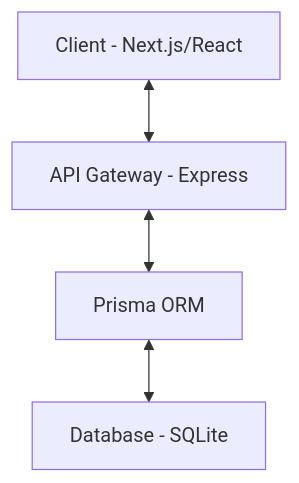
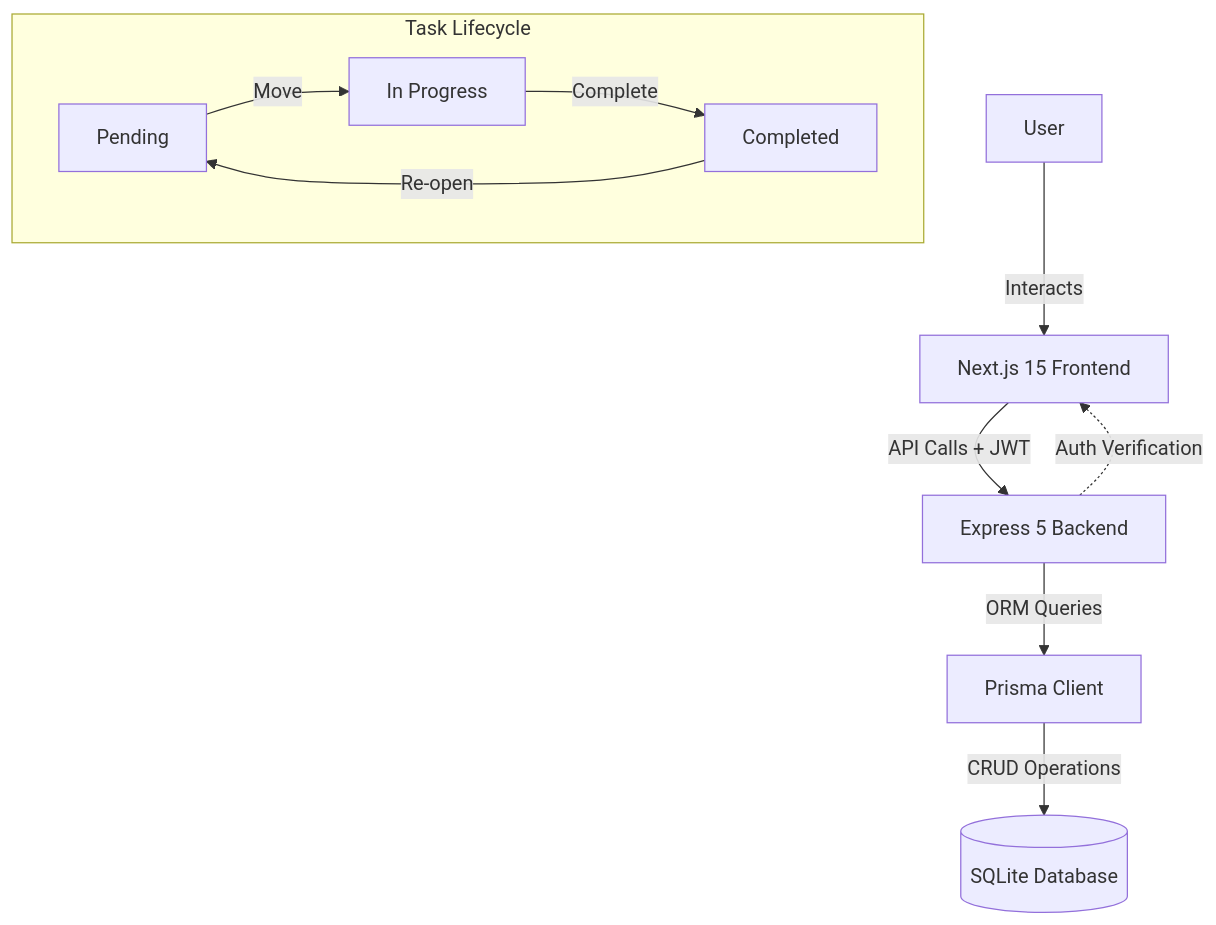
One commit to sakshepathak/BB-Task-Manager changed the diagram in README.md. Above: the diagram before and after it, drawn with Mermaid. The commit also changed other lines of this file, not shown here.

Commit message:
docs: add architecture and task lifecycle mermaid diagram

````diff
--- a/README.md
+++ b/README.md
@@ -15,6 +9,15 @@
 ```mermaid
 graph TD
-  A[Client - Next.js/React] <--> B[API Gateway - Express]
-  B <--> C[Prisma ORM]
-  C <--> D[Database - SQLite]
+    A[User] -->|Interacts| B[Next.js 15 Frontend]
+    B -->|API Calls + JWT| C[Express 5 Backend]
+    C -->|ORM Queries| D[Prisma Client]
+    D -->|CRUD Operations| E[(SQLite Database)]
+    
+    subgraph "Task Lifecycle"
+    F[Pending] -->|Move| G[In Progress]
+    G -->|Complete| H[Completed]
+    H -->|Re-open| F
+    end
+    
+    C -.->|Auth Verification| B
 ```
````
